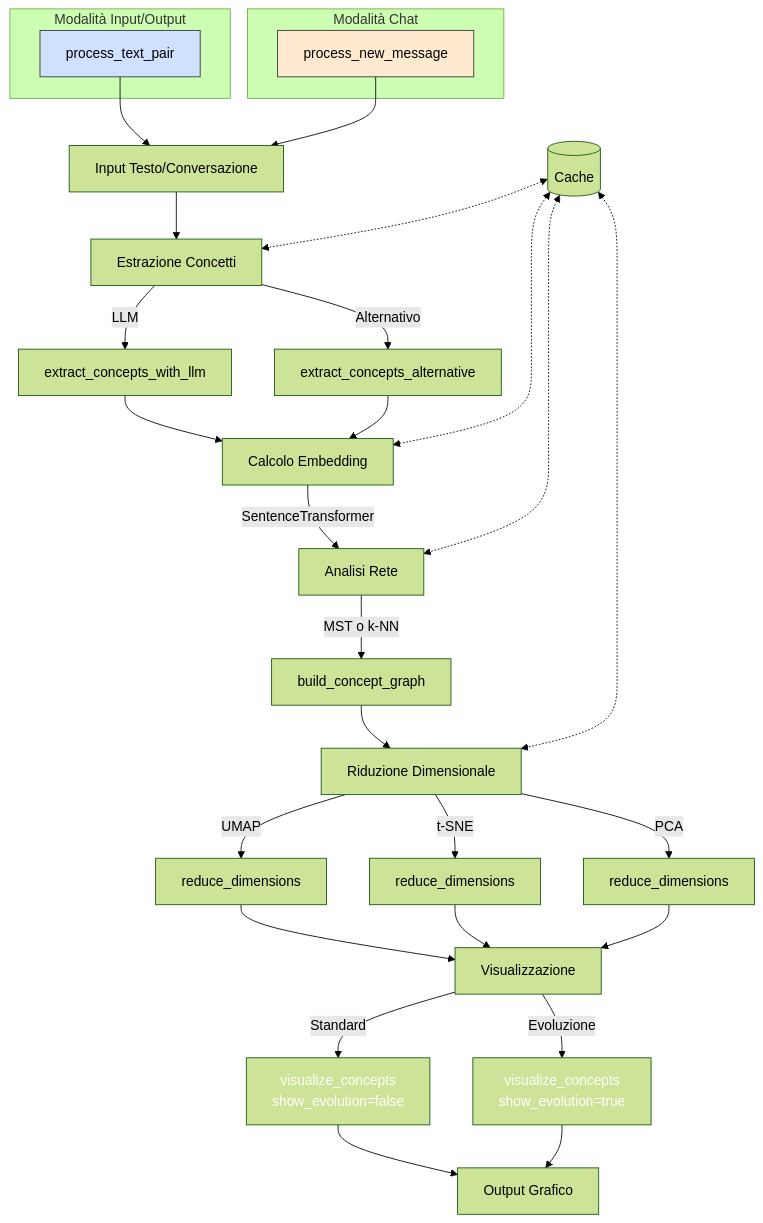
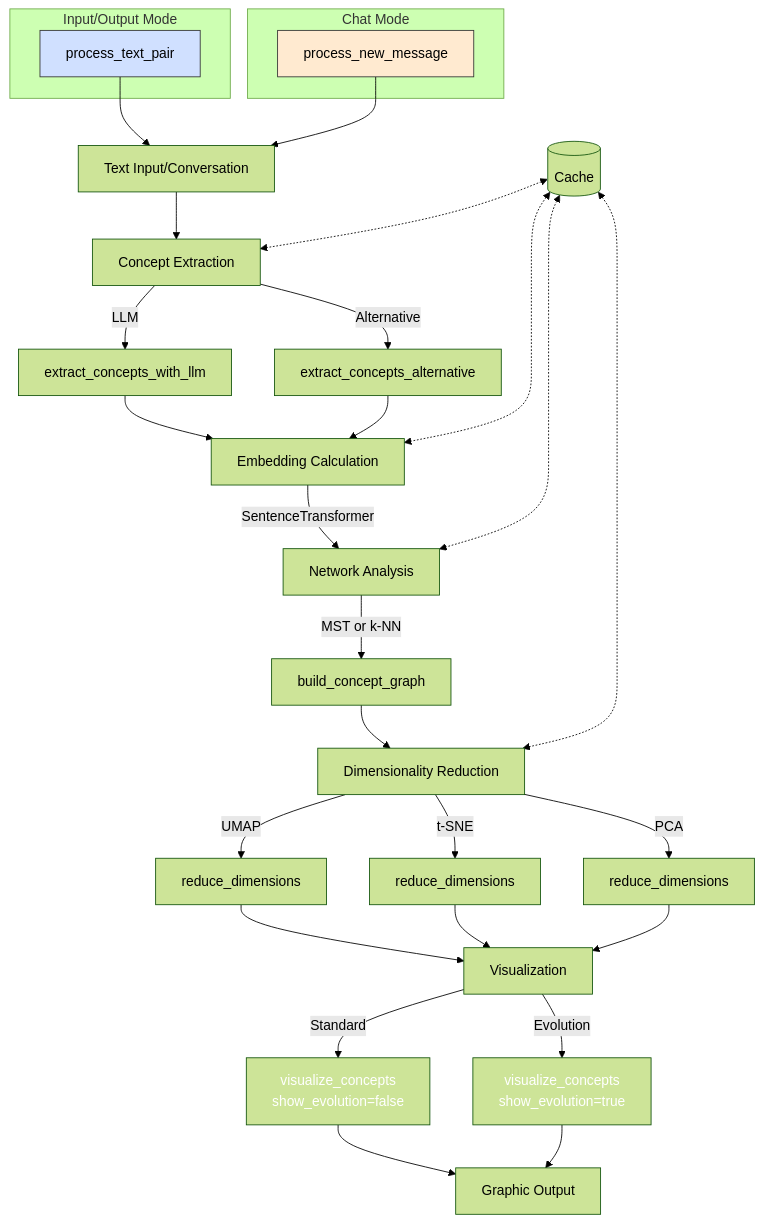
One commit to peppinob-ol/prompt_rover changed the diagram in README.md. Above: the diagram before and after it, drawn with Mermaid (forest theme). The commit also changed other lines of this file and 5 other files, not shown here.

````diff
--- a/README.md
+++ b/README.md
@@ -69,44 +69,44 @@
 ```mermaid
 flowchart TD
-    A[Input Testo/Conversazione] --> B[Estrazione Concetti]
+    A[Text Input/Conversation] --> B[Concept Extraction]
     B -->|LLM| B1[extract_concepts_with_llm]
-    B -->|Alternativo| B2[extract_concepts_alternative]
-    B1 & B2 --> C[Calcolo Embedding]
+    B -->|Alternative| B2[extract_concepts_alternative]
+    B1 & B2 --> C[Embedding Calculation]
     
-    C -->|SentenceTransformer| D[Analisi Rete]
+    C -->|SentenceTransformer| D[Network Analysis]
     
-    D -->|MST o k-NN| D1[build_concept_graph]
-    D1 --> E[Riduzione Dimensionale]
+    D -->|MST or k-NN| D1[build_concept_graph]
+    D1 --> E[Dimensionality Reduction]
     
     E -->|UMAP| E1[reduce_dimensions]
     E -->|t-SNE| E2[reduce_dimensions]
     E -->|PCA| E3[reduce_dimensions]
     
-    E1 & E2 & E3 --> F[Visualizzazione]
+    E1 & E2 & E3 --> F[Visualization]
     
     F -->|Standard| F1[visualize_concepts\nshow_evolution=false]
-    F -->|Evoluzione| F2[visualize_concepts\nshow_evolution=true]
+    F -->|Evolution| F2[visualize_concepts\nshow_evolution=true]
     
-    F1 & F2 --> G[Output Grafico]
+    F1 & F2 --> G[Graphic Output]
     
     H[(Cache)] <-.-> B
     H <-.-> C
     H <-.-> D
     H <-.-> E
     
-    subgraph "Modalità Input/Output"
+    subgraph "Input/Output Mode"
     I[process_text_pair]
     end
     
-    subgraph "Modalità Chat"
+    subgraph "Chat Mode"
     J[process_new_message]
     end
     
     I --> A
     J --> A
     
     style F1 fill:#TEAL,color:white
     style F2 fill:#ORANGE,color:white
     style I fill:#d0e0ff,stroke:#333
     style J fill:#ffead0,stroke:#333
 ```
````
